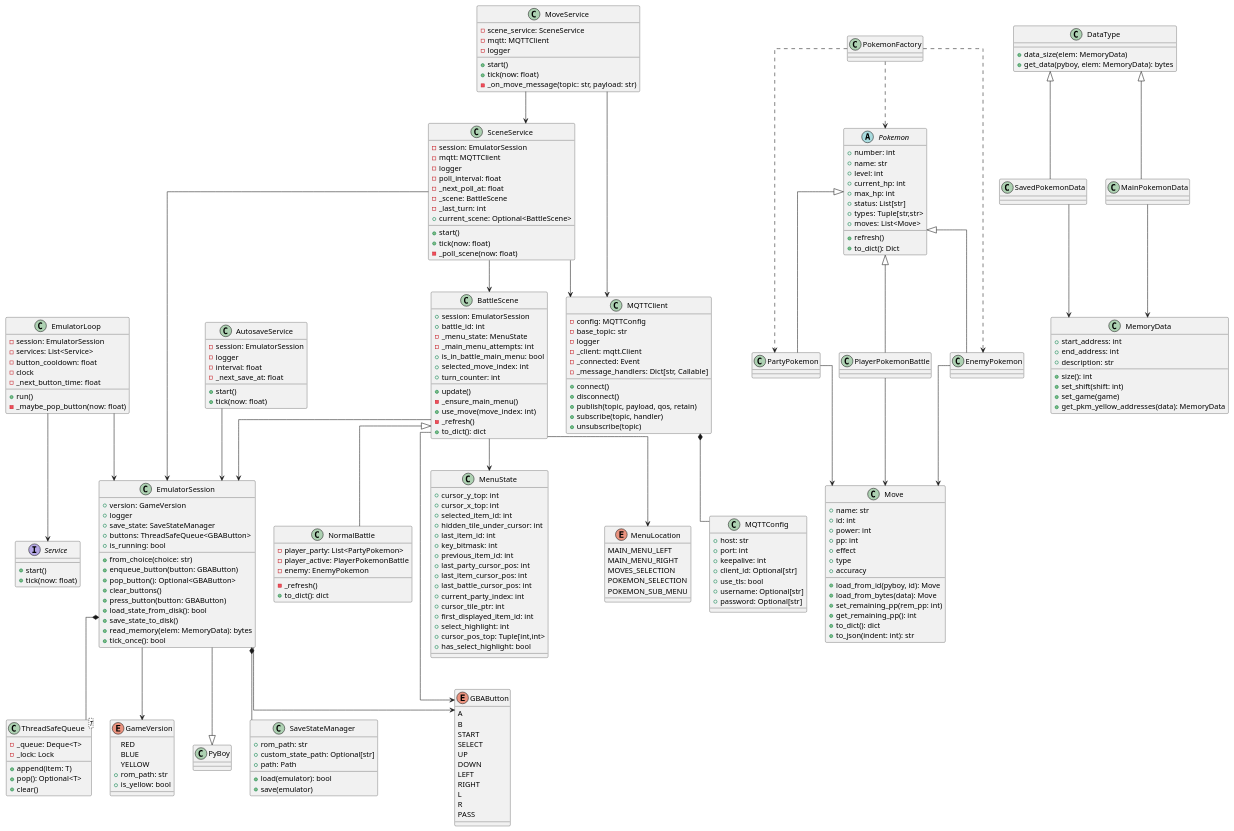
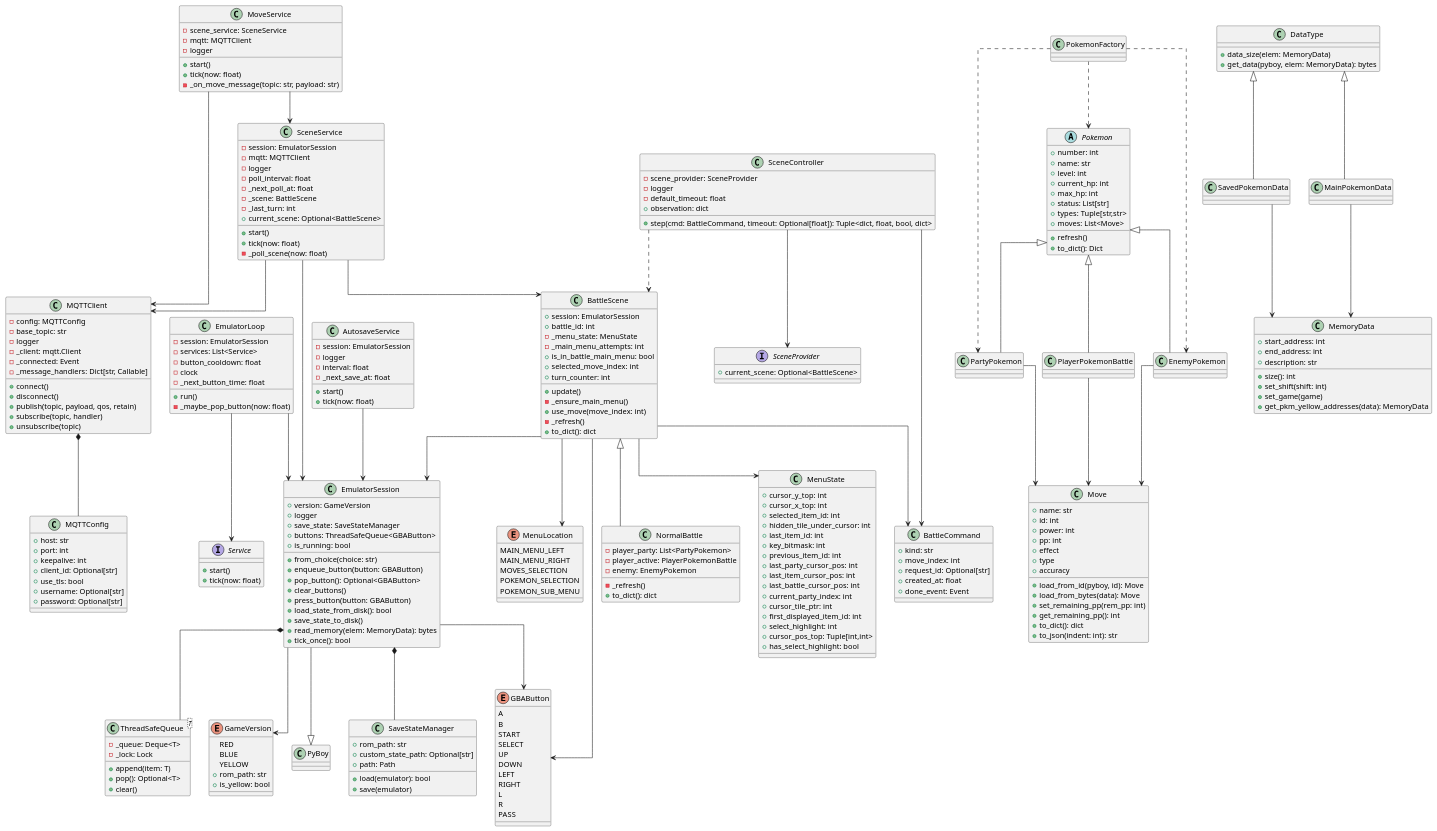
The diagram in doc/class.puml (irdof321/pokemon-yellow-bot), drawn with PlantUML before and after one commit. The commit also changed 23 other files, not shown here.

```diff
--- a/doc/class.puml
+++ b/doc/class.puml
@@ -171,6 +171,32 @@
 BattleScene --> MenuLocation
 BattleScene --> GBAButton
 
+' --- Commands / synchronous controller (added alongside MQTT, doesn't replace it) ---
+class BattleCommand {
+  +kind: str
+  +move_index: int
+  +request_id: Optional[str]
+  +created_at: float
+  +done_event: Event
+}
+
+interface SceneProvider {
+  +current_scene: Optional<BattleScene>
+}
+
+class SceneController {
+  -scene_provider: SceneProvider
+  -logger
+  -default_timeout: float
+  +step(cmd: BattleCommand, timeout: Optional[float]): Tuple<dict, float, bool, dict>
+  +observation: dict
+}
+
+BattleScene --> BattleCommand
+SceneController --> SceneProvider
+SceneController --> BattleCommand
+SceneController ..> BattleScene
+
 ' --- Menu state ---
 class MenuState {
   +cursor_y_top: int
```
